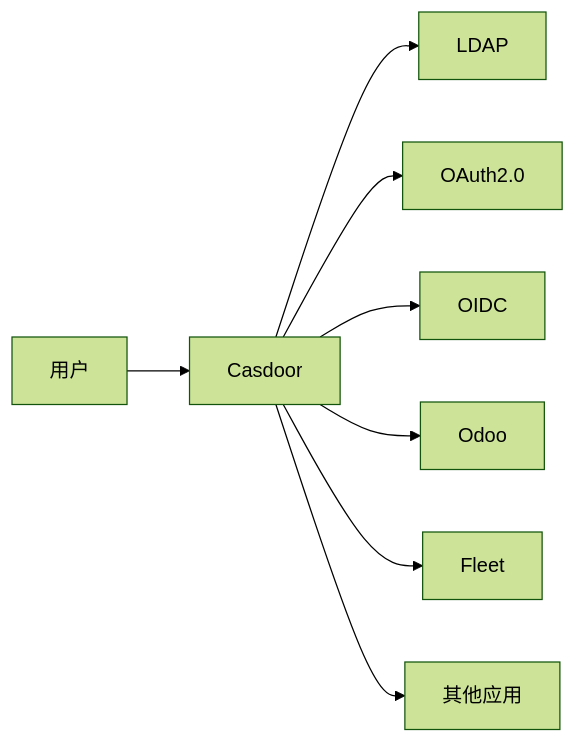
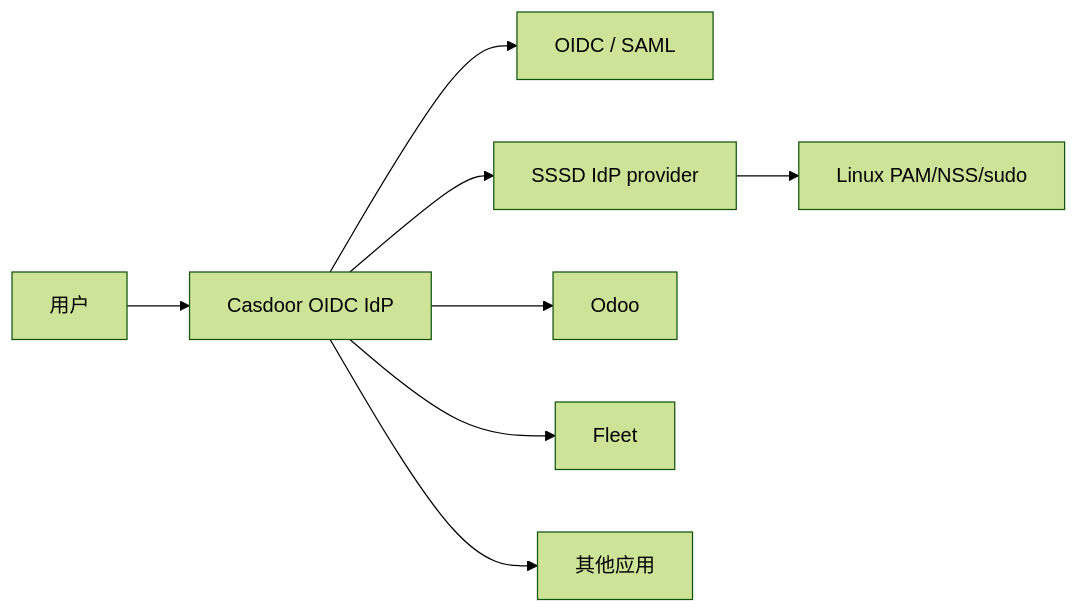
Before and after one commit to stars-labs/full-it-infra-design-docs: the fourth of 5 diagrams in src/content/docs/03-architecture/security-architecture.md, drawn with Mermaid (forest theme). The commit also changed other lines of this file and 14 other files, not shown here.

First line of the commit message:
docs: modernize infrastructure architecture

````diff
--- a/src/content/docs/03-architecture/security-architecture.md
+++ b/src/content/docs/03-architecture/security-architecture.md
@@ -198,10 +198,10 @@
 ```mermaid
 graph LR
-    USER[用户] --> CAS[Casdoor]
-    CAS --> LDAP[LDAP]
-    CAS --> OAuth[OAuth2.0]
-    CAS --> OIDC[OIDC]
+    USER[用户] --> CAS[Casdoor OIDC IdP]
+    CAS --> OIDC[OIDC / SAML]
+    CAS --> SSSD[SSSD IdP provider]
+    SSSD --> HOST[Linux PAM/NSS/sudo]
     CAS --> APP1[Odoo]
     CAS --> APP2[Fleet]
     CAS --> APP3[其他应用]
 ```
````
